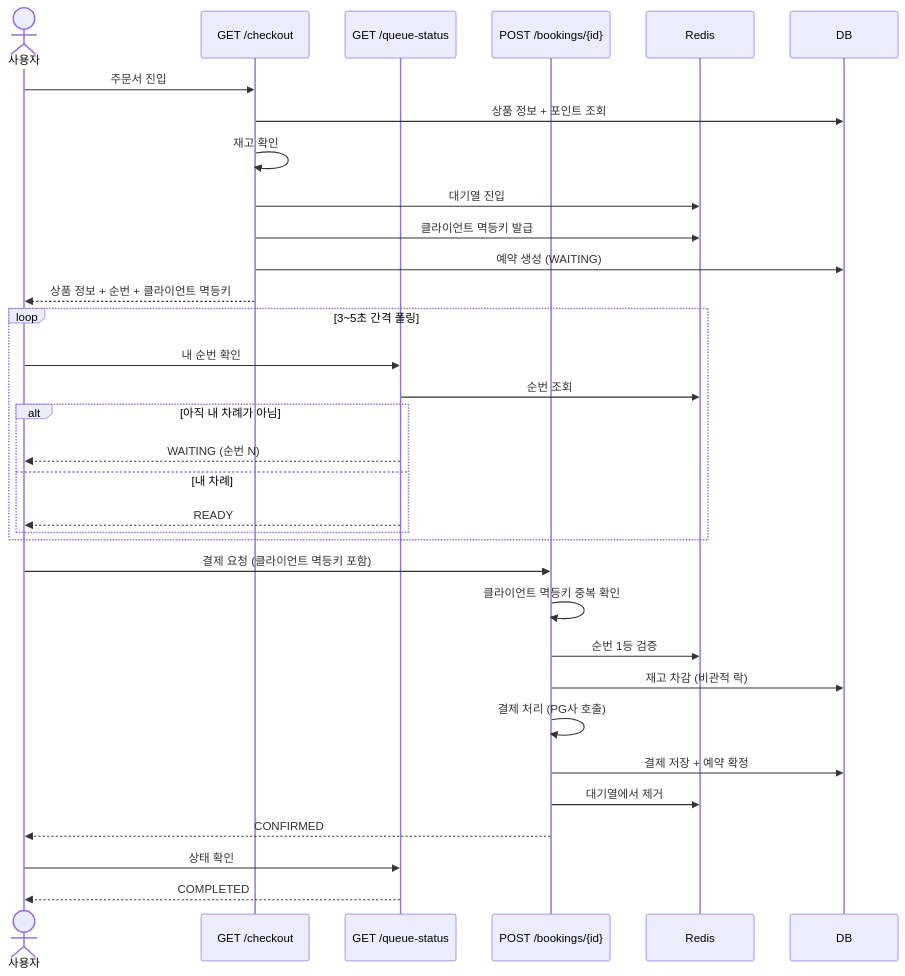
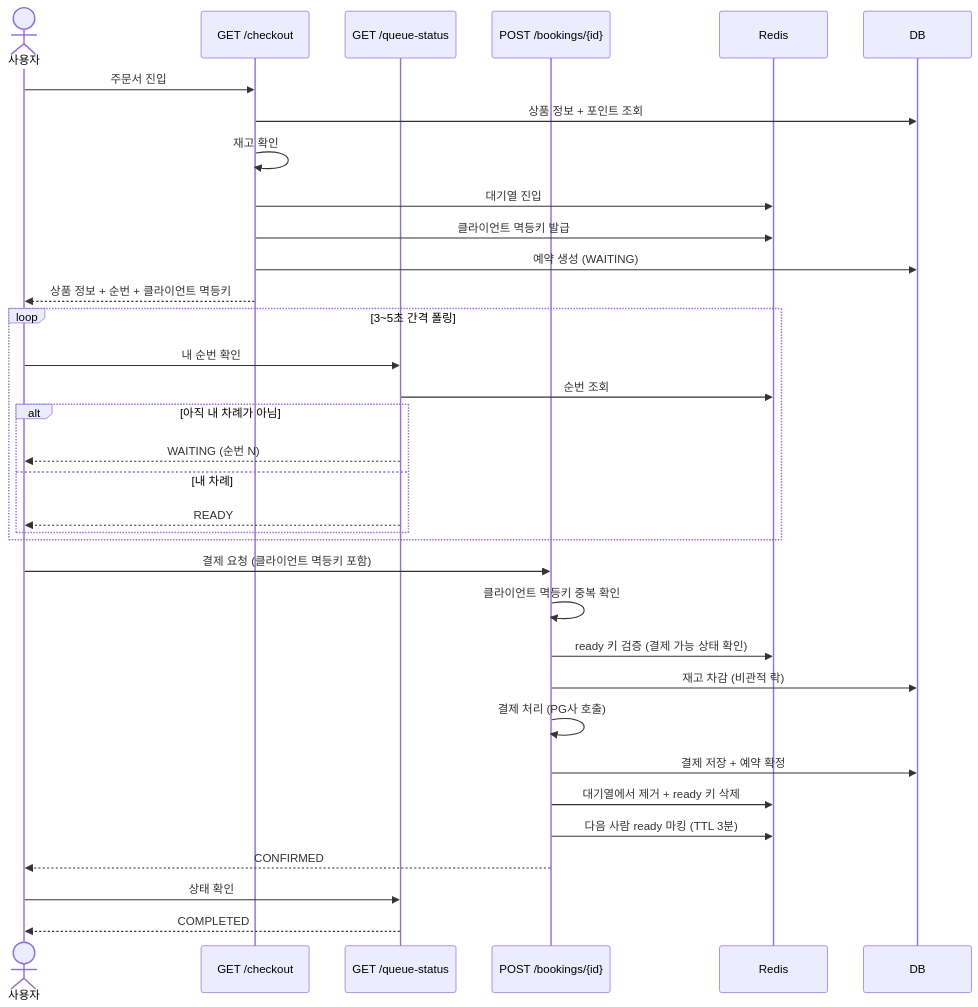
One commit to Jin409/hotdeal-reservation changed the second of 10 diagrams in README.md. Above: the diagram before and after it, drawn with Mermaid. The commit also changed other lines of this file, not shown here.

````diff
--- a/README.md
+++ b/README.md
@@ -112,39 +112,40 @@
 ```mermaid
 sequenceDiagram
     actor 사용자
     participant 주문서 as GET /checkout
     participant 폴링 as GET /queue-status
     participant 결제 as POST /bookings/{id}
     participant Redis
     participant DB
 
     사용자->>주문서: 주문서 진입
     주문서->>DB: 상품 정보 + 포인트 조회
     주문서->>주문서: 재고 확인
     주문서->>Redis: 대기열 진입
     주문서->>Redis: 클라이언트 멱등키 발급
     주문서->>DB: 예약 생성 (WAITING)
     주문서-->>사용자: 상품 정보 + 순번 + 클라이언트 멱등키
 
     loop 3~5초 간격 폴링
         사용자->>폴링: 내 순번 확인
         폴링->>Redis: 순번 조회
         alt 아직 내 차례가 아님
             폴링-->>사용자: WAITING (순번 N)
         else 내 차례
             폴링-->>사용자: READY
         end
     end
 
     사용자->>결제: 결제 요청 (클라이언트 멱등키 포함)
     결제->>결제: 클라이언트 멱등키 중복 확인
-    결제->>Redis: 순번 1등 검증
+    결제->>Redis: ready 키 검증 (결제 가능 상태 확인)
     결제->>DB: 재고 차감 (비관적 락)
     결제->>결제: 결제 처리 (PG사 호출)
     결제->>DB: 결제 저장 + 예약 확정
-    결제->>Redis: 대기열에서 제거
+    결제->>Redis: 대기열에서 제거 + ready 키 삭제
+    결제->>Redis: 다음 사람 ready 마킹 (TTL 3분)
     결제-->>사용자: CONFIRMED
 
     사용자->>폴링: 상태 확인
     폴링-->>사용자: COMPLETED
 ```
````
